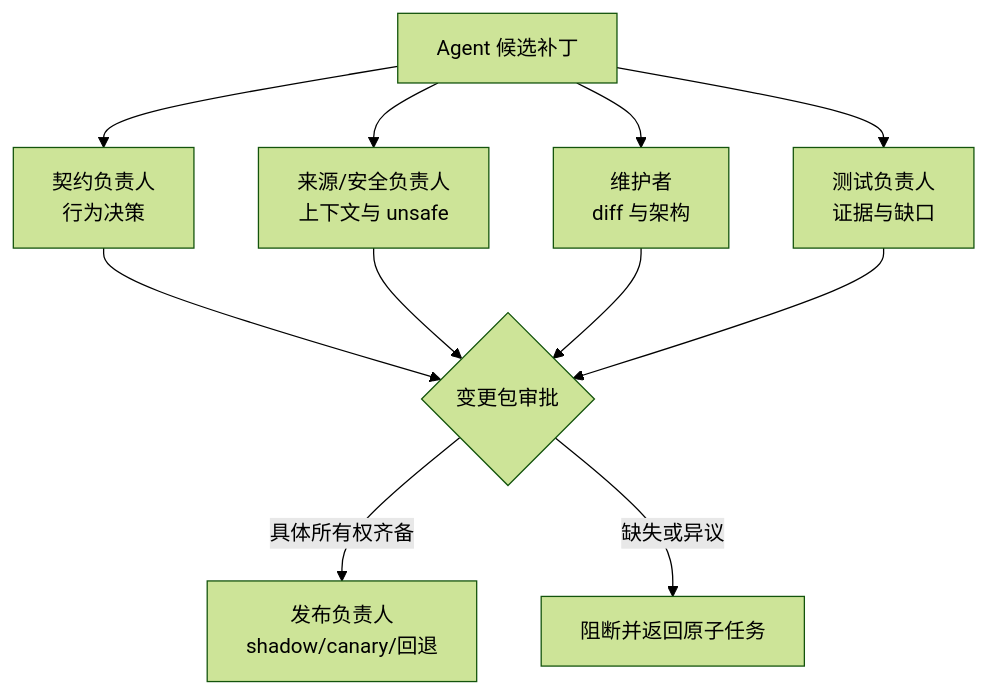
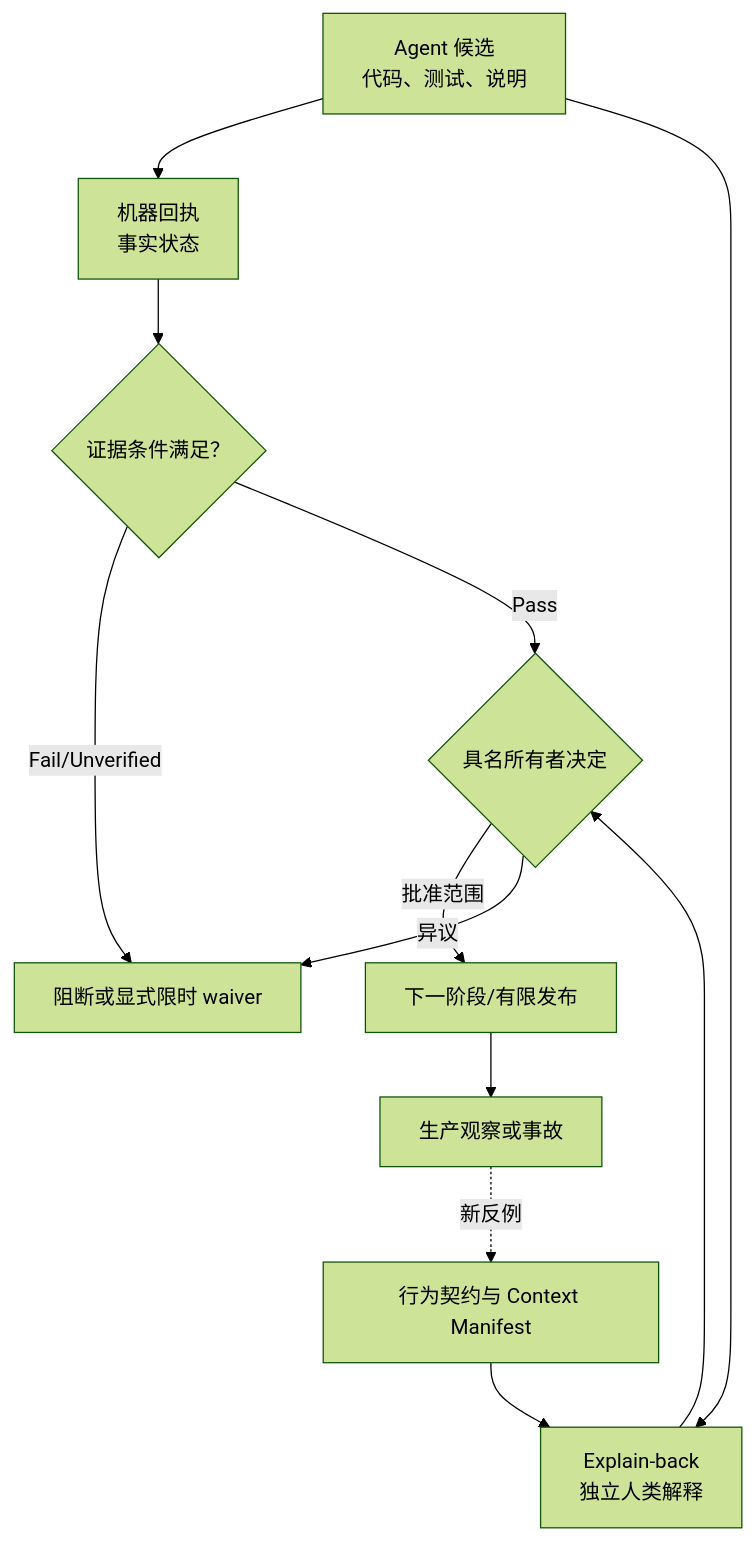
Before and after one commit to ZhangHanDong/coreutils: the diagram in book/src/part4/ch11-human-owns-change.md, drawn with Mermaid (forest theme). The commit also changed other lines of this file, not shown here.

````diff
--- a/book/src/part4/ch11-human-owns-change.md
+++ b/book/src/part4/ch11-human-owns-change.md
@@ -22,13 +47,14 @@
 ```mermaid
 flowchart TB
-    A["Agent 候选补丁"] --> C["契约负责人<br/>行为决策"]
-    A --> S["来源/安全负责人<br/>上下文与 unsafe"]
-    A --> M["维护者<br/>diff 与架构"]
-    A --> T["测试负责人<br/>证据与缺口"]
-    C --> P{"变更包审批"}
-    S --> P
-    M --> P
-    T --> P
-    P -->|"具体所有权齐备"| R["发布负责人<br/>shadow/canary/回退"]
-    P -->|"缺失或异议"| B["阻断并返回原子任务"]
+    A["Agent 候选<br/>代码、测试、说明"] --> M["机器回执<br/>事实状态"]
+    A --> X["Explain-back<br/>独立人类解释"]
+    C["行为契约与 Context Manifest"] --> X
+    M --> G{"证据条件满足？"}
+    X --> H{"具名所有者决定"}
+    G -->|Fail/Unverified| B["阻断或显式限时 waiver"]
+    G -->|Pass| H
+    H -->|批准范围| R["下一阶段/有限发布"]
+    H -->|异议| B
+    R --> I["生产观察或事故"]
+    I -. "新反例" .-> C
 ```
````
